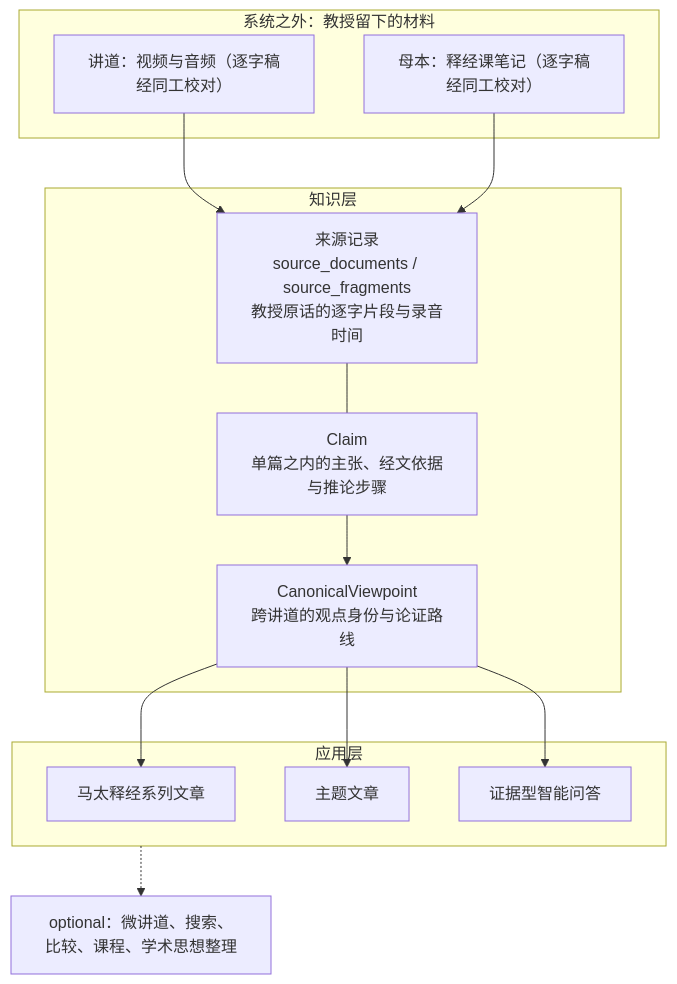
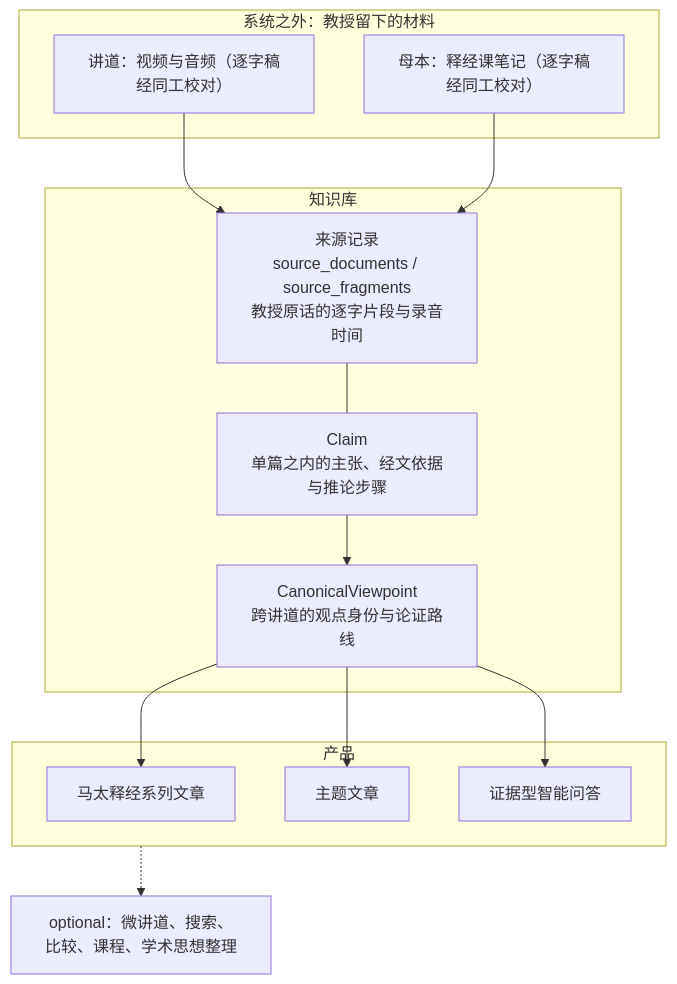
The diagram in docs/wang-knowledge-platform/00-overview/solution_architecture.md (junyang168/smart-answer), drawn with Mermaid before and after one commit. The commit also changed other lines of this file and 2 other files, not shown here.

````diff
--- a/docs/wang-knowledge-platform/00-overview/solution_architecture.md
+++ b/docs/wang-knowledge-platform/00-overview/solution_architecture.md
@@ -93,28 +93,28 @@
 ```mermaid
 flowchart TD
     subgraph L0["系统之外：教授留下的材料"]
         SERMON["讲道：视频与音频（逐字稿经同工校对）"]
         NOTES["母本：释经课笔记（逐字稿经同工校对）"]
     end
 
-    subgraph L1["知识层"]
+    subgraph L1["知识库"]
         PROV["来源记录<br/>source_documents / source_fragments<br/>教授原话的逐字片段与录音时间"]
         CLAIM["Claim<br/>单篇之内的主张、经文依据与推论步骤"]
         CVP["CanonicalViewpoint<br/>跨讲道的观点身份与论证路线"]
         PROV --- CLAIM
         CLAIM --> CVP
     end
 
-    subgraph L2["应用层"]
+    subgraph L2["产品"]
         ART["马太释经系列文章"]
         TOPIC["主题文章"]
         QA["证据型智能问答"]
     end
 
     SERMON --> PROV
     NOTES --> PROV
     CVP --> ART
     CVP --> TOPIC
     CVP --> QA
     L2 -.-> OPT["optional：微讲道、搜索、比较、课程、学术思想整理"]
 ```
````
